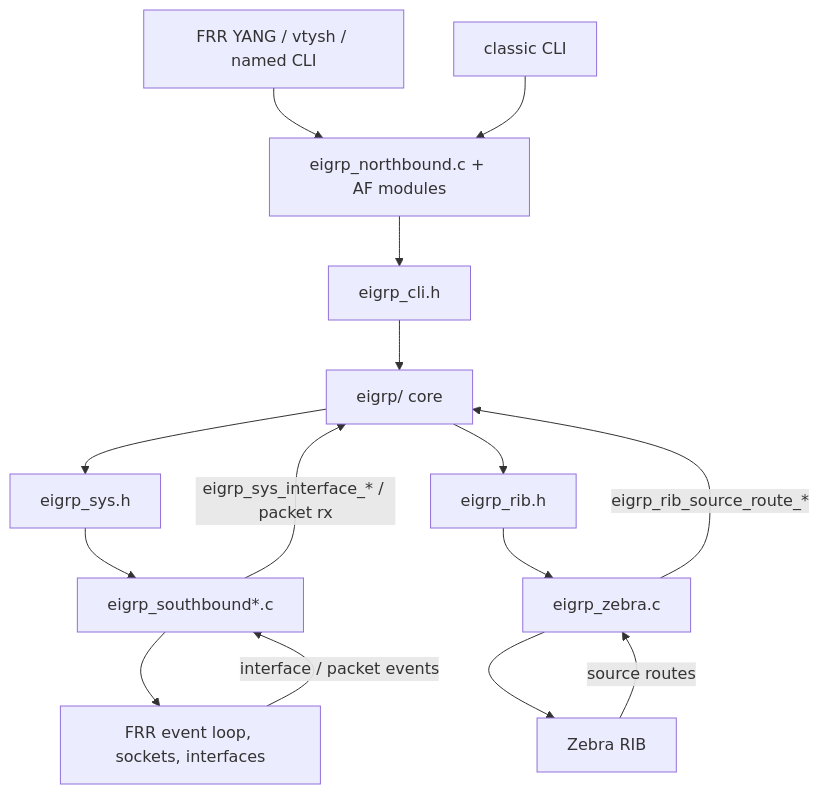
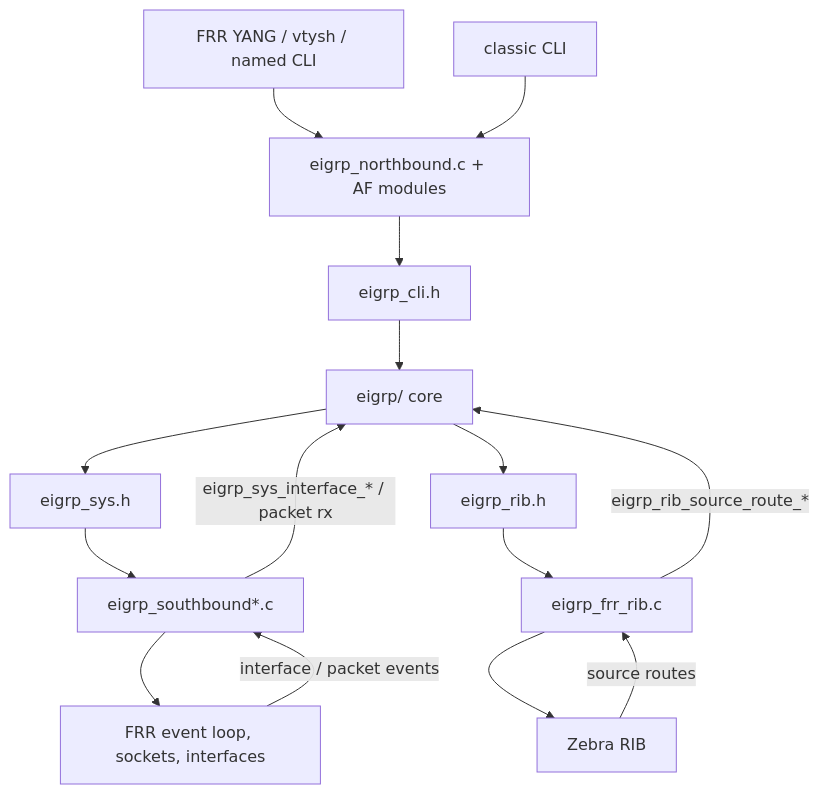
Before and after one commit to diivious/eigrp: the first of 2 diagrams in frr/README.md, drawn with Mermaid. The commit also changed other lines of this file and 77 other files, not shown here.

````diff
--- a/frr/README.md
+++ b/frr/README.md
@@ -60,29 +60,29 @@
 ```mermaid
 flowchart TB
   yang["FRR YANG / vtysh / named CLI"]
   classic["classic CLI"]
   nb["eigrp_northbound.c + AF modules"]
   cli["eigrp_cli.h"]
   core["eigrp/ core"]
   sys["eigrp_sys.h"]
   rib["eigrp_rib.h"]
   sb["eigrp_southbound*.c"]
-  zebra["eigrp_zebra.c"]
+  zebra["eigrp_frr_rib.c"]
   frrsys["FRR event loop, sockets, interfaces"]
   frrrib["Zebra RIB"]
 
   yang --> nb
   classic --> nb
   nb --> cli
   cli --> core
   core --> sys
   core --> rib
   sys --> sb
   rib --> zebra
   sb --> frrsys
   zebra --> frrrib
   frrrib -->|"source routes"| zebra
   zebra -->|"eigrp_rib_source_route_*"| core
   frrsys -->|"interface / packet events"| sb
   sb -->|"eigrp_sys_interface_* / packet rx"| core
 ```
````
